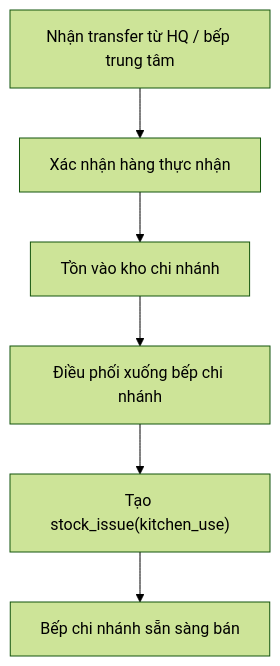
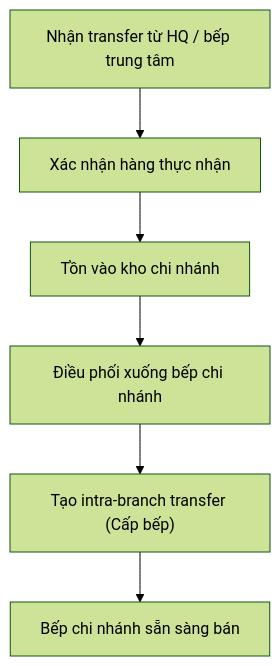
Before and after one commit to comtammatu/comtammatu: the fifth of 11 diagrams in docs/worklog/inventory/inventory-ux-workflow-review.md, drawn with Mermaid (forest theme). The commit also changed other lines of this file and 18 other files, not shown here.

````diff
--- a/docs/worklog/inventory/inventory-ux-workflow-review.md
+++ b/docs/worklog/inventory/inventory-ux-workflow-review.md
@@ -144,11 +144,11 @@
 ```mermaid
 flowchart TD
     A["Nhận transfer từ HQ / bếp trung tâm"]
     B["Xác nhận hàng thực nhận"]
     C["Tồn vào kho chi nhánh"]
     D["Điều phối xuống bếp chi nhánh"]
-    E["Tạo stock_issue(kitchen_use)"]
+    E["Tạo intra-branch transfer (Cấp bếp)"]
     F["Bếp chi nhánh sẵn sàng bán"]
 
     A --> B --> C --> D --> E --> F
 ```
````
